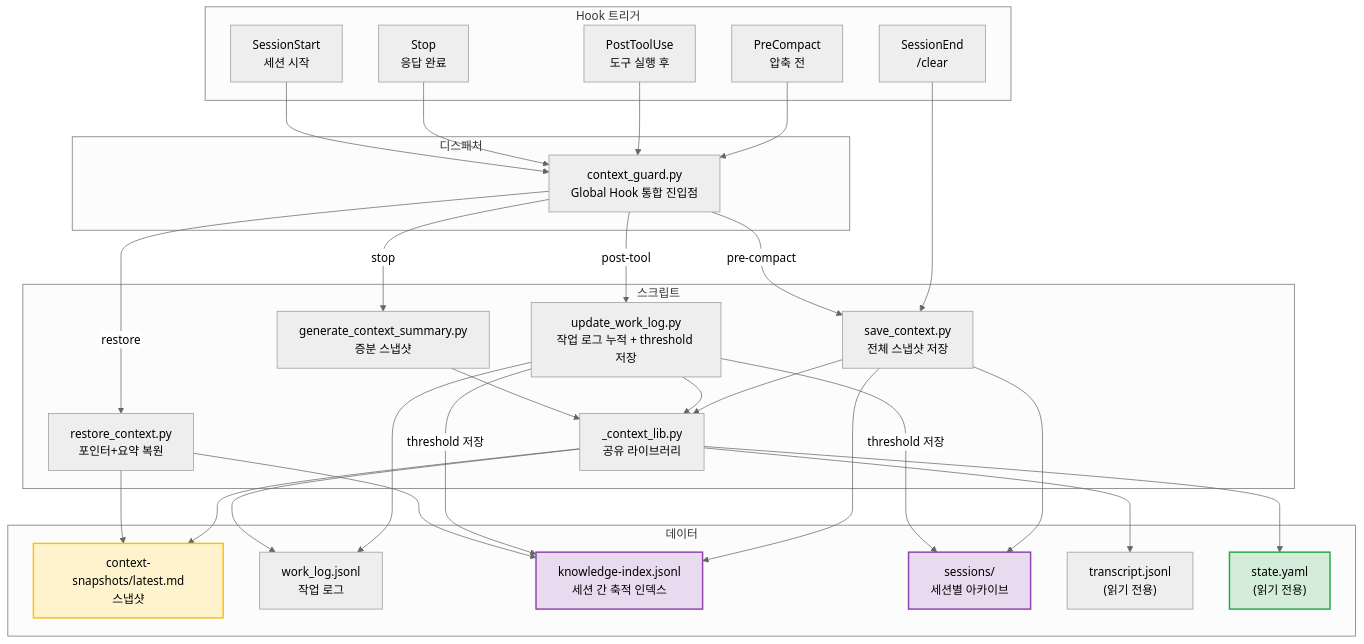
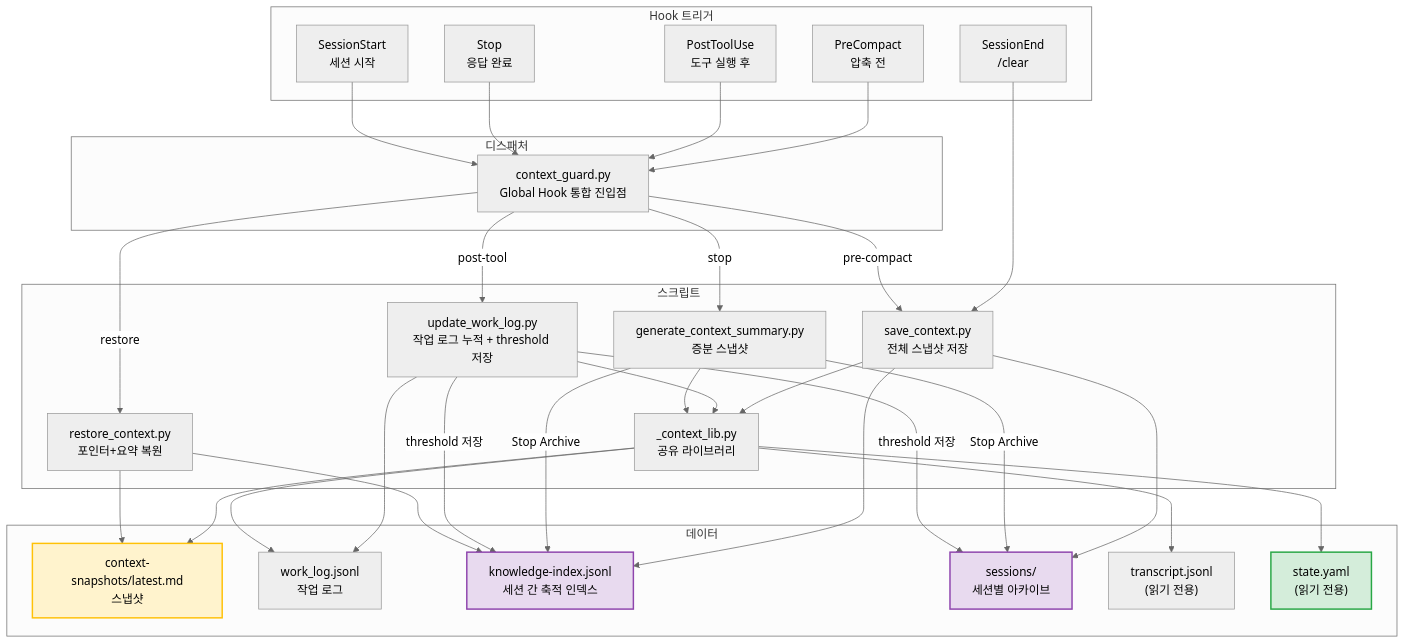
One commit to oogisoogi/AgenticWorkflow changed the sixth of 12 diagrams in AGENTICWORKFLOW-ARCHITECTURE-AND-PHILOSOPHY.md. Above: the diagram before and after it, drawn with Mermaid (neutral theme). The commit also changed other lines of this file and 4 other files, not shown here.

````diff
--- a/AGENTICWORKFLOW-ARCHITECTURE-AND-PHILOSOPHY.md
+++ b/AGENTICWORKFLOW-ARCHITECTURE-AND-PHILOSOPHY.md
@@ -631,62 +631,64 @@
 ```mermaid
 graph TB
     subgraph "Hook 트리거"
         SE["SessionEnd<br/>/clear"]
         PC["PreCompact<br/>압축 전"]
         PTU["PostToolUse<br/>도구 실행 후"]
         ST["Stop<br/>응답 완료"]
         SS["SessionStart<br/>세션 시작"]
     end
 
     subgraph "디스패처"
         CG["context_guard.py<br/>Global Hook 통합 진입점"]
     end
 
     subgraph "스크립트"
         SAVE["save_context.py<br/>전체 스냅샷 저장"]
         UWL["update_work_log.py<br/>작업 로그 누적 + threshold 저장"]
         GCS["generate_context_summary.py<br/>증분 스냅샷"]
         REST["restore_context.py<br/>포인터+요약 복원"]
         LIB["_context_lib.py<br/>공유 라이브러리"]
     end
 
     subgraph "데이터"
         SNAP["context-snapshots/latest.md<br/>스냅샷"]
         WLOG["work_log.jsonl<br/>작업 로그"]
         KI["knowledge-index.jsonl<br/>세션 간 축적 인덱스"]
         SESS["sessions/<br/>세션별 아카이브"]
         TRANS["transcript.jsonl<br/>(읽기 전용)"]
         SOT2["state.yaml<br/>(읽기 전용)"]
     end
 
     SE --> SAVE
     PC --> CG
     PTU --> CG
     ST --> CG
     SS --> CG
     CG -->|pre-compact| SAVE
     CG -->|post-tool| UWL
     CG -->|stop| GCS
     CG -->|restore| REST
 
     SAVE --> LIB
     UWL --> LIB
     GCS --> LIB
 
     LIB --> TRANS
     LIB --> SOT2
     LIB --> SNAP
     UWL --> WLOG
     LIB --> WLOG
     SAVE --> KI
     SAVE --> SESS
+    GCS -->|"Stop Archive"| KI
+    GCS -->|"Stop Archive"| SESS
     UWL -->|"threshold 저장"| KI
     UWL -->|"threshold 저장"| SESS
     REST --> SNAP
     REST --> KI
 
     style SOT2 fill:#d4edda,stroke:#28a745,stroke-width:2px
     style SNAP fill:#fff3cd,stroke:#ffc107,stroke-width:2px
     style KI fill:#e8daef,stroke:#8e44ad,stroke-width:2px
     style SESS fill:#e8daef,stroke:#8e44ad,stroke-width:2px
 ```
````
